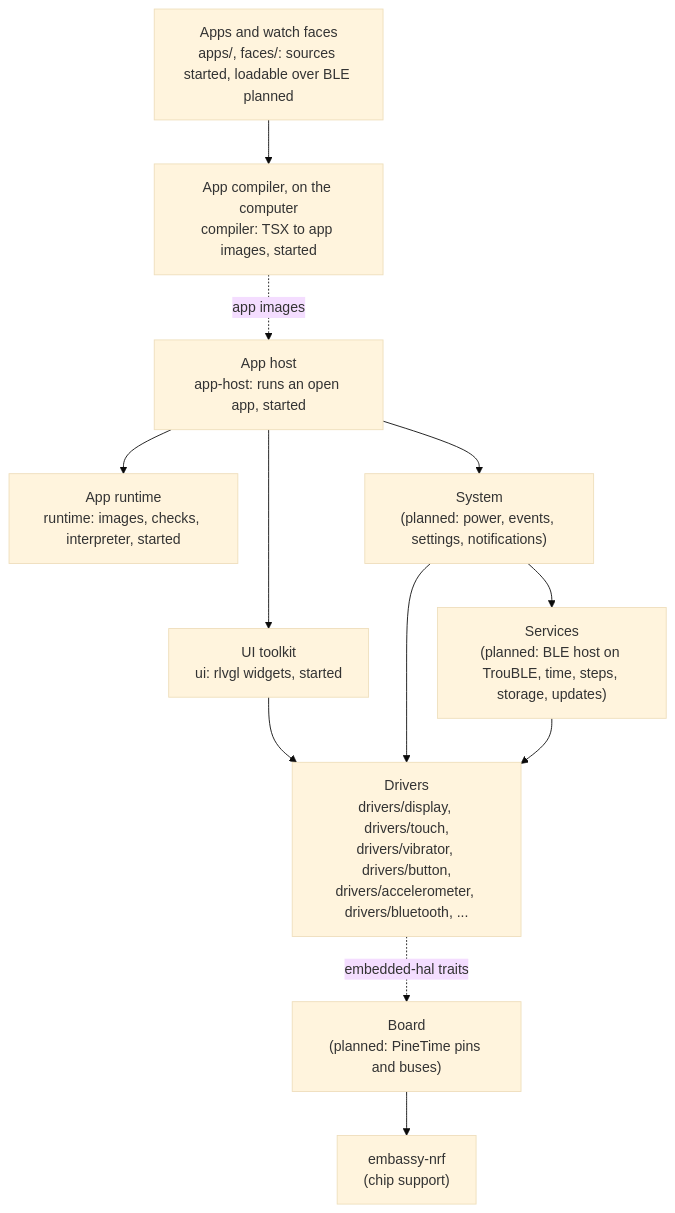
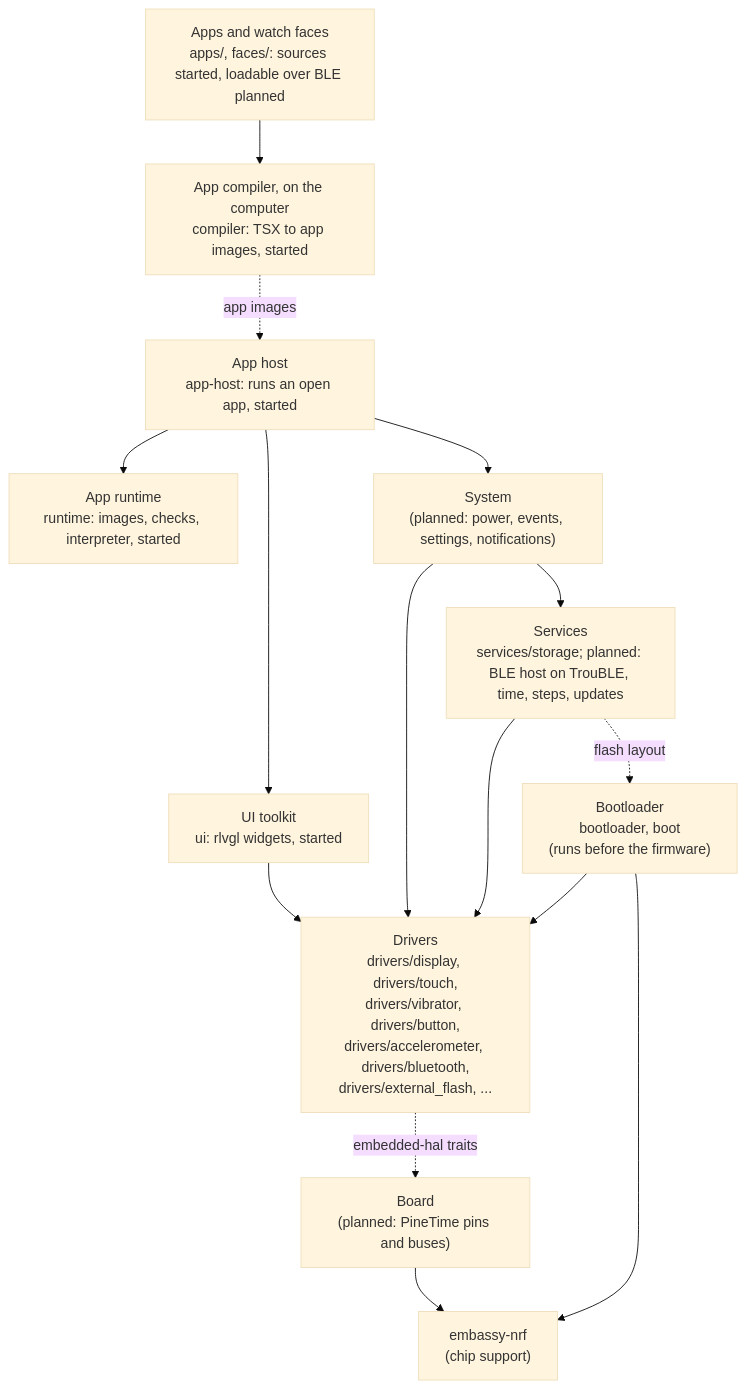
Before and after one commit to BeatLink/BattleTime: the diagram in docs/architecture.md, drawn with Mermaid (base theme). The commit also changed other lines of this file and 36 other files, not shown here.

First line of the commit message:
feat(boot): add the embassy-boot bootloader, external flash driver and littlefs storage

````diff
--- a/docs/architecture.md
+++ b/docs/architecture.md
@@ -28,25 +28,30 @@
 ```mermaid
 flowchart TB
     apps["Apps and watch faces<br/>apps/, faces/: sources started, loadable over BLE planned"]
     host["App host<br/>app-host: runs an open app, started"]
     compiler["App compiler, on the computer<br/>compiler: TSX to app images, started"]
     runtime["App runtime<br/>runtime: images, checks, interpreter, started"]
     ui["UI toolkit<br/>ui: rlvgl widgets, started"]
     system["System<br/>(planned: power, events, settings, notifications)"]
-    services["Services<br/>(planned: BLE host on TrouBLE, time, steps, storage, updates)"]
-    drivers["Drivers<br/>drivers/display, drivers/touch,<br/>drivers/vibrator, drivers/button,<br/>drivers/accelerometer, drivers/bluetooth, ..."]
+    services["Services<br/>services/storage; planned: BLE host on TrouBLE, time, steps, updates"]
+    drivers["Drivers<br/>drivers/display, drivers/touch,<br/>drivers/vibrator, drivers/button,<br/>drivers/accelerometer, drivers/bluetooth,<br/>drivers/external_flash, ..."]
     board["Board<br/>(planned: PineTime pins and buses)"]
     hal["embassy-nrf<br/>(chip support)"]
 
     apps --> compiler
     compiler -. app images .-> host
     host --> runtime
     host --> ui
     host --> system
     ui --> drivers
     system --> services
     system --> drivers
     services --> drivers
     drivers -. embedded-hal traits .-> board
     board --> hal
+
+    bootloader["Bootloader<br/>bootloader, boot<br/>(runs before the firmware)"]
+    bootloader --> drivers
+    bootloader --> hal
+    services -. flash layout .-> bootloader
 ```
````
